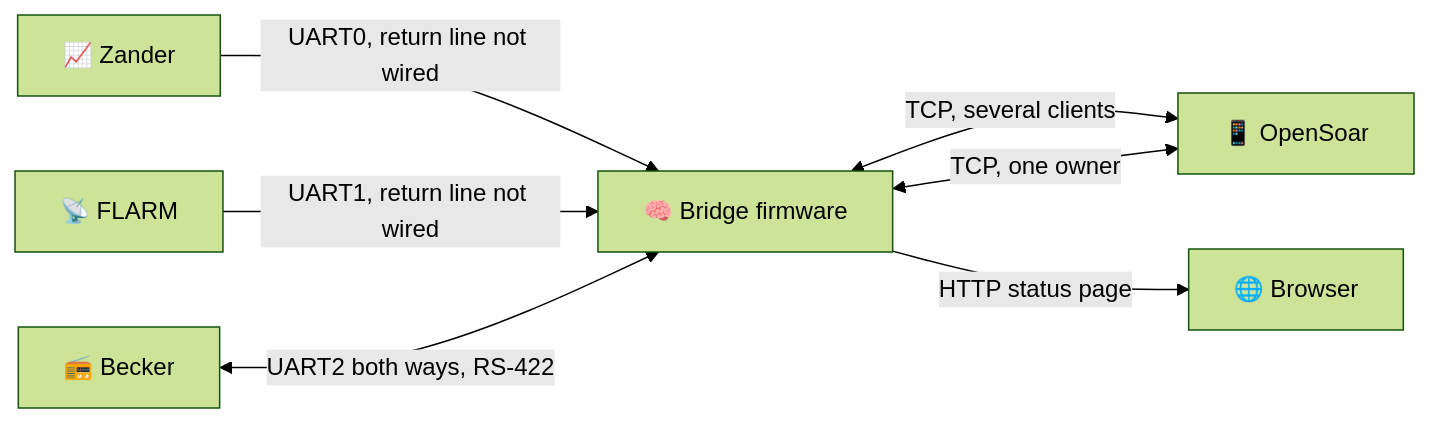
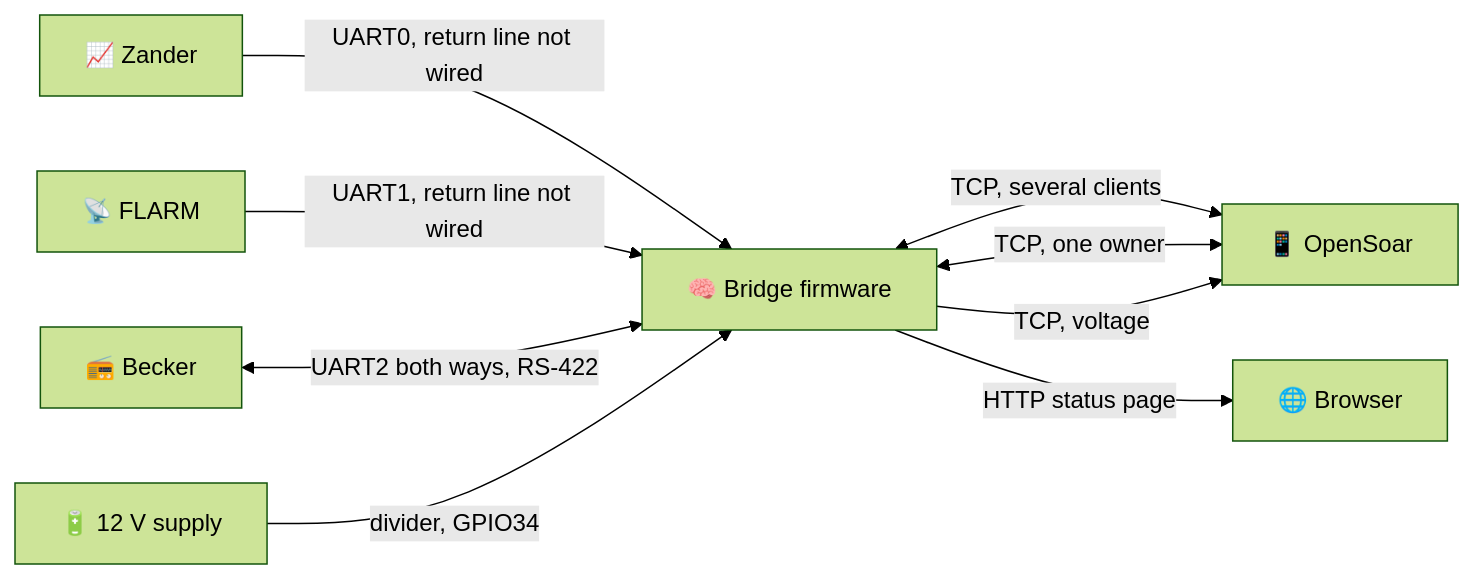
Before and after one commit to MomoRC-tech/Becker-AR6201-to-OpenSoar: the second of 2 diagrams in docs/project/roadmap.md, drawn with Mermaid (forest theme). The commit also changed other lines of this file and 8 other files, not shown here.

````diff
--- a/docs/project/roadmap.md
+++ b/docs/project/roadmap.md
@@ -69,9 +69,11 @@
 ```mermaid
 flowchart LR
     Z[📈 Zander] -->|UART0, return line not wired| B
     F[📡 FLARM] -->|UART1, return line not wired| B
     R[📻 Becker] <-->|UART2 both ways, RS-422| B
     B[🧠 Bridge firmware] <-->|TCP, several clients| O[📱 OpenSoar]
     B <-->|TCP, one owner| O
+    V[🔋 12 V supply] -->|divider, GPIO34| B
+    B -->|TCP, voltage| O
     B -->|HTTP status page| W[🌐 Browser]
 ```
````
